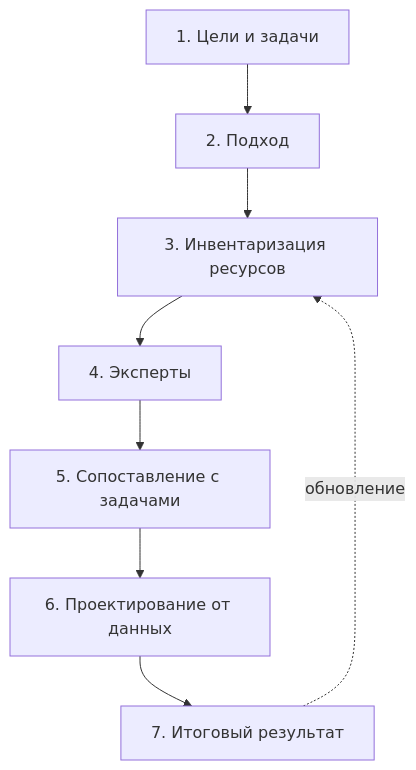
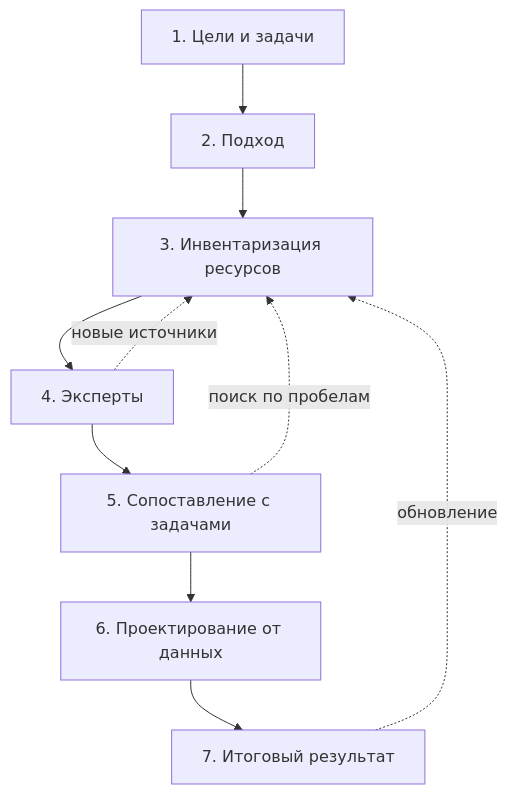
One commit to ivbeg/data-inventory changed the diagram in docs/03-process/01-steps.md. Above: the diagram before and after it, drawn with Mermaid. The commit also changed other lines of this file and 4 other files, not shown here.

````diff
--- a/docs/03-process/01-steps.md
+++ b/docs/03-process/01-steps.md
@@ -9,10 +21,12 @@
 ```mermaid
 flowchart TB
   A["1. Цели и задачи"] --> B["2. Подход"]
   B --> C["3. Инвентаризация ресурсов"]
   C --> D["4. Эксперты"]
   D --> E["5. Сопоставление с задачами"]
   E --> F["6. Проектирование от данных"]
   F --> G["7. Итоговый результат"]
+  D -. новые источники .-> C
+  E -. поиск по пробелам .-> C
   G -. обновление .-> C
 ```
````
